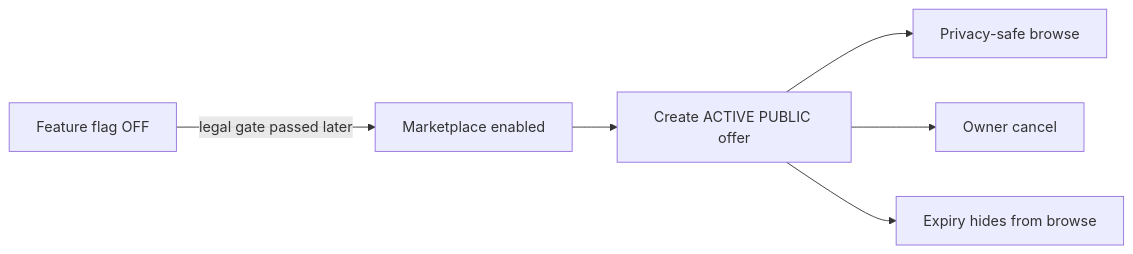
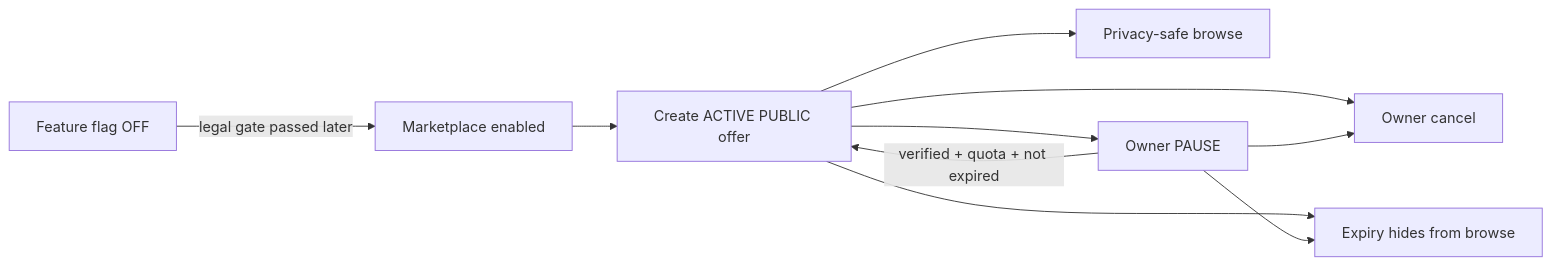
One commit to nurgeldiserikbay/QaryzLinkDocs changed the diagram in docs/01-business/PUBLIC_LENDER_OFFERS.md. Above: the diagram before and after it, drawn with Mermaid. The commit also changed other lines of this file, not shown here.

Commit message:
docs: define public offer pause resume lifecycle

```diff
--- a/docs/01-business/PUBLIC_LENDER_OFFERS.md
+++ b/docs/01-business/PUBLIC_LENDER_OFFERS.md
@@ -56,8 +57,12 @@
 ~~~mermaid
 flowchart LR
     OFF["Feature flag OFF"] -->|legal gate passed later| ON["Marketplace enabled"]
     ON --> NEW["Create ACTIVE PUBLIC offer"]
     NEW --> BROWSE["Privacy-safe browse"]
+    NEW --> PAUSE["Owner PAUSE"]
+    PAUSE -->|verified + quota + not expired| NEW
     NEW --> CANCEL["Owner cancel"]
+    PAUSE --> CANCEL
     NEW --> EXP["Expiry hides from browse"]
+    PAUSE --> EXP
 ~~~
```
